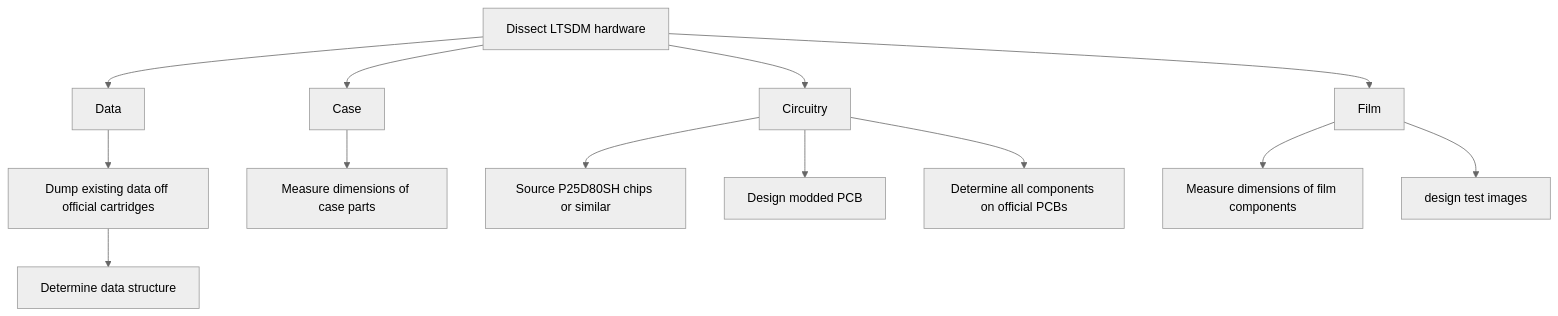
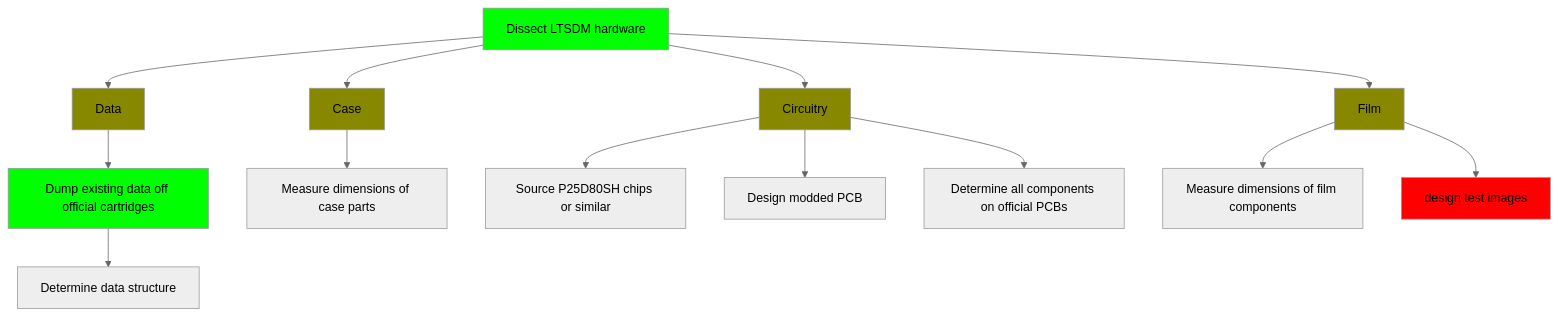
Before and after one commit to mtkimmins/LTSDM_hack: the diagram in README.md, drawn with Mermaid (neutral theme).

````diff
--- a/README.md
+++ b/README.md
@@ -42,19 +42,29 @@
 ```mermaid
 graph TD
 A[Dissect LTSDM hardware]-->B[Data]
 A-->C[Case]
 A-->D[Circuitry]
 A-->E[Film]
 
 B-->BA[Dump existing data off official cartridges]
 BA-->BB[Determine data structure]
 
 C-->CA[Measure dimensions of case parts]
 
 D-->DA[Source P25D80SH chips or similar]
 D-->DB[Design modded PCB]
 D-->DC[Determine all components on official PCBs]
 
 E-->EA[Measure dimensions of film components]
 E-->EB[design test images]
+
+%% STYLE DEFINITIONS
+classDef done fill:#00ff00
+classDef prog fill:#888800
+classDef lock fill:#ff0000
+
+%% STYLE ASSIGNMENTS
+class A,BA done;
+class B,C,D,E prog;
+class EB lock;
 ```
````
